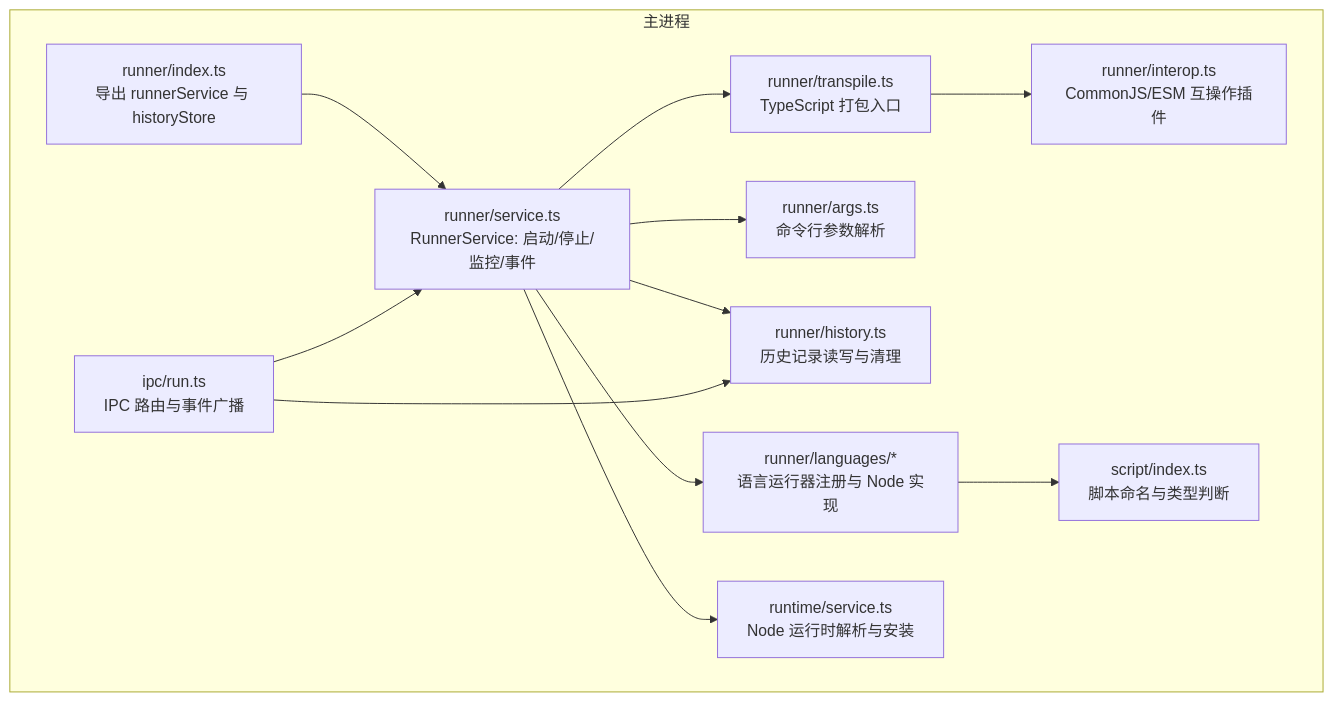
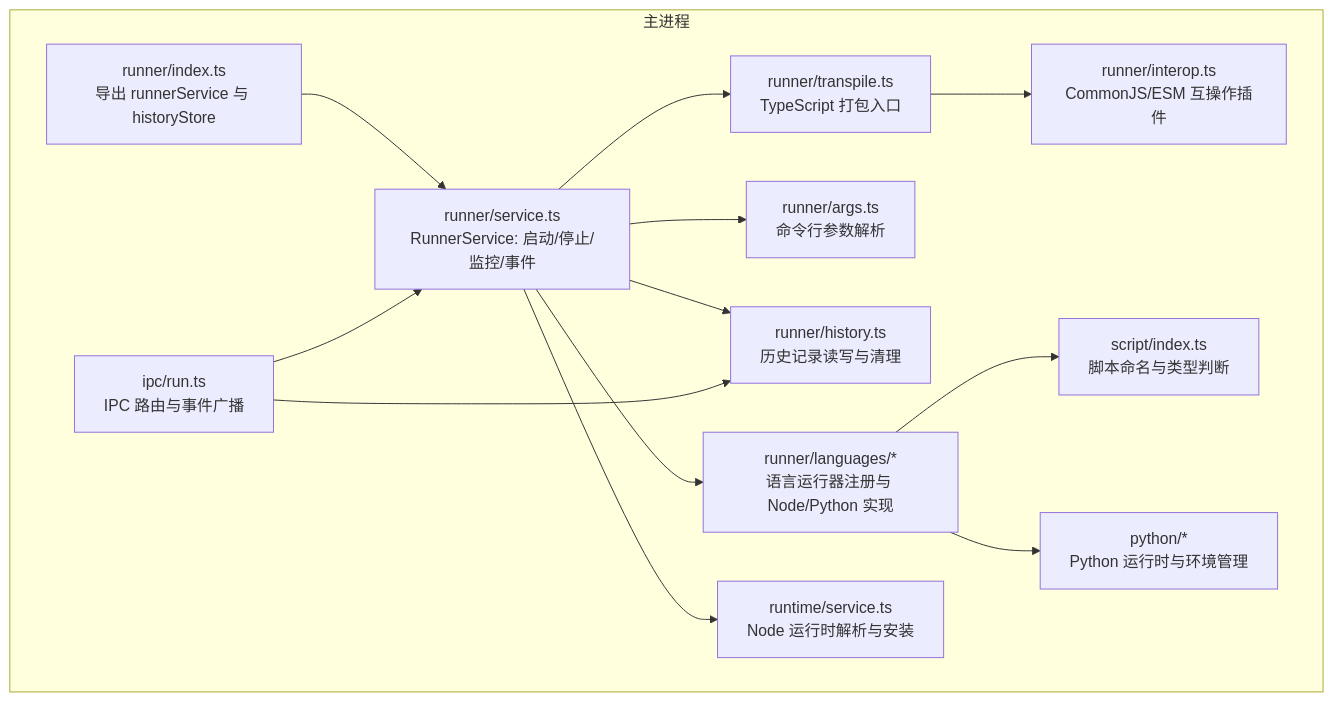
Before and after one commit to hozeeee/script-box: the first of 6 diagrams in .qoder/repowiki/zh/content/架构设计/服务层架构/Runner 服务（脚本运行器）/Runner 服务（脚本运行器）.md, drawn with Mermaid. The commit also changed other lines of this file and 6 other files, not shown here.

````diff
--- a/.qoder/repowiki/zh/content/架构设计/服务层架构/Runner 服务（脚本运行器）/Runner 服务（脚本运行器）.md
+++ b/.qoder/repowiki/zh/content/架构设计/服务层架构/Runner 服务（脚本运行器）/Runner 服务（脚本运行器）.md
@@ -44,25 +57,27 @@
 ```mermaid
 graph TB
 subgraph "主进程"
 A["runner/index.ts<br/>导出 runnerService 与 historyStore"]
 B["runner/service.ts<br/>RunnerService: 启动/停止/监控/事件"]
-C["runner/languages/*<br/>语言运行器注册与 Node 实现"]
+C["runner/languages/*<br/>语言运行器注册与 Node/Python 实现"]
 D["runner/args.ts<br/>命令行参数解析"]
 E["runner/history.ts<br/>历史记录读写与清理"]
 F["runner/transpile.ts<br/>TypeScript 打包入口"]
 G["runner/interop.ts<br/>CommonJS/ESM 互操作插件"]
 H["ipc/run.ts<br/>IPC 路由与事件广播"]
 I["runtime/service.ts<br/>Node 运行时解析与安装"]
 J["script/index.ts<br/>脚本命名与类型判断"]
+K["python/*<br/>Python 运行时与环境管理"]
 end
 A --> B
 B --> C
 B --> D
 B --> E
 B --> F
 F --> G
 B --> I
 C --> J
+C --> K
 H --> B
 H --> E
 ```
````
